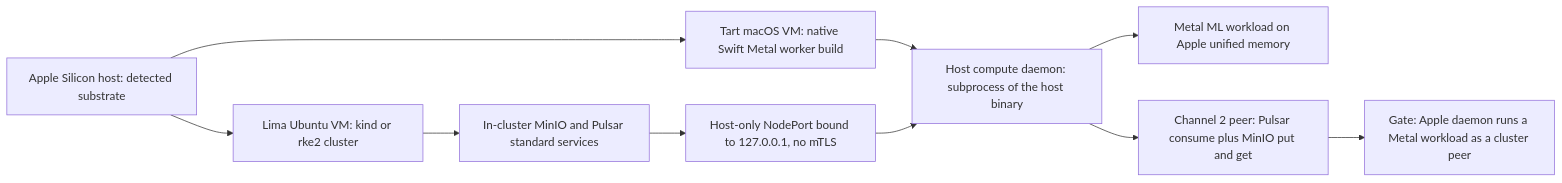
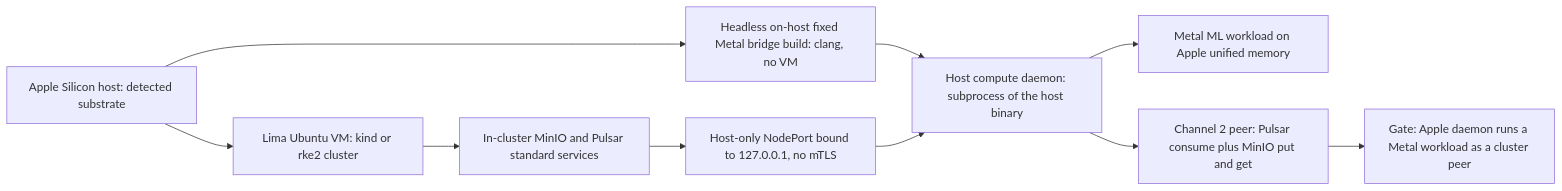
The diagram in DEVELOPMENT_PLAN/phase_07_host_compute_daemons.md (Tuee22/amoebius), drawn with Mermaid before and after one commit. The commit also changed other lines of this file and 34 other files, not shown here.

````diff
--- a/DEVELOPMENT_PLAN/phase_07_host_compute_daemons.md
+++ b/DEVELOPMENT_PLAN/phase_07_host_compute_daemons.md
@@ -58,12 +73,12 @@
 ```mermaid
 flowchart LR
   apple[Apple Silicon host: detected substrate] --> lima[Lima Ubuntu VM: kind or rke2 cluster]
   lima --> svc[In-cluster MinIO and Pulsar standard services]
   svc --> np[Host-only NodePort bound to 127.0.0.1, no mTLS]
-  apple --> tart[Tart macOS VM: native Swift Metal worker build]
-  tart --> daemon[Host compute daemon: subprocess of the host binary]
+  apple --> bridge[Headless on-host fixed Metal bridge build: clang, no VM]
+  bridge --> daemon[Host compute daemon: subprocess of the host binary]
   np --> daemon
   daemon --> metal[Metal ML workload on Apple unified memory]
   daemon --> peer[Channel 2 peer: Pulsar consume plus MinIO put and get]
   peer --> gate[Gate: Apple daemon runs a Metal workload as a cluster peer]
 ```
````
